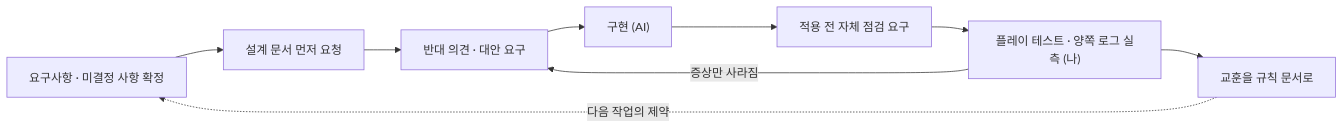
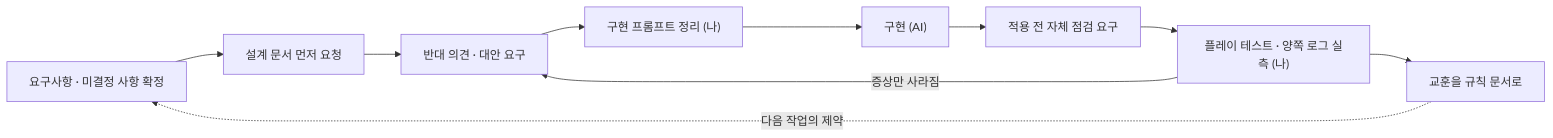
The diagram in docs/ai-collaboration.md (jch618/SynchronizedPanic-Portfolio), drawn with Mermaid before and after one commit. The commit also changed other lines of this file and 3 other files, not shown here.

````diff
--- a/docs/ai-collaboration.md
+++ b/docs/ai-collaboration.md
@@ -11,11 +14,12 @@
 ```mermaid
 flowchart LR
     A["요구사항 · 미결정 사항 확정"] --> B["설계 문서 먼저 요청"]
     B --> C["반대 의견 · 대안 요구"]
-    C --> D["구현 (AI)"]
+    C --> P["구현 프롬프트 정리 (나)"]
+    P --> D["구현 (AI)"]
     D --> E["적용 전 자체 점검 요구"]
     E --> F["플레이 테스트 · 양쪽 로그 실측 (나)"]
     F -- "증상만 사라짐" --> C
     F --> G["교훈을 규칙 문서로"]
     G -. "다음 작업의 제약" .-> A
 ```
````
